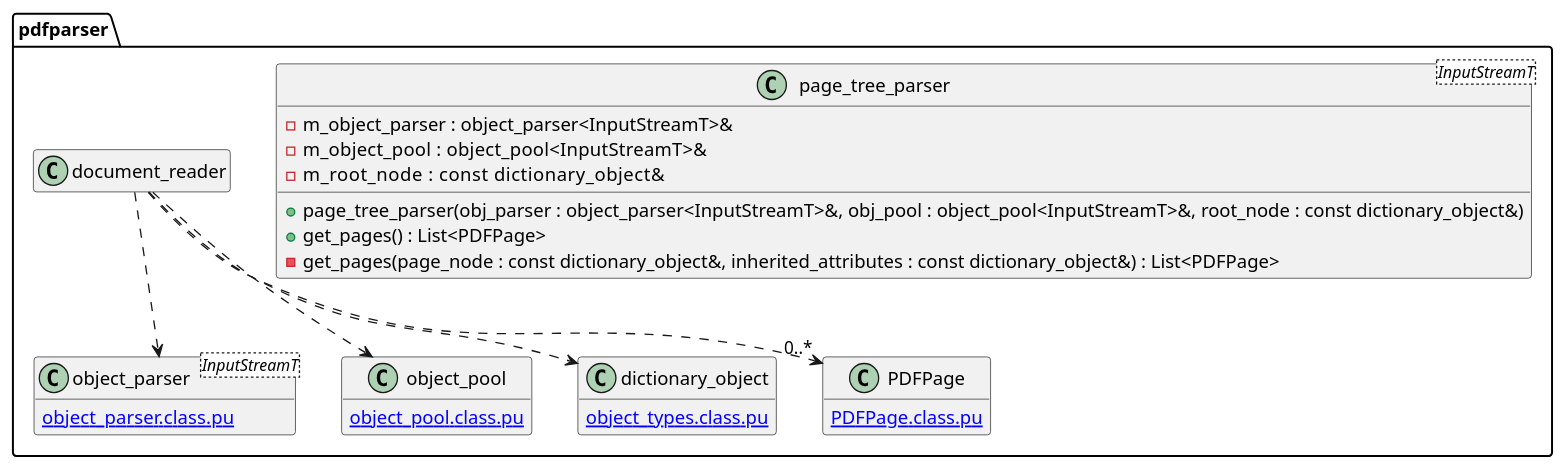
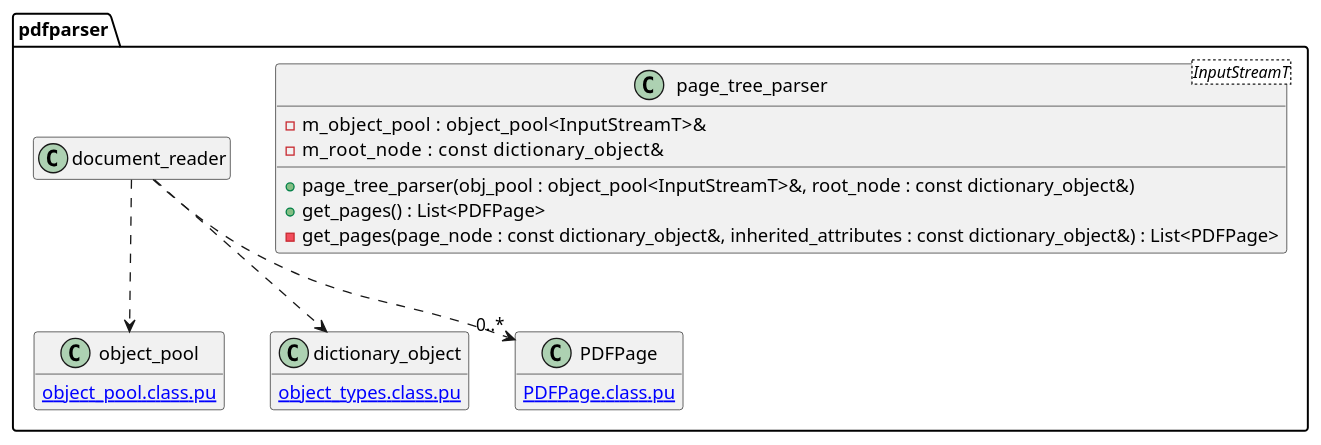
One commit to KodaiYM/PDFReader changed the diagram in document/document_reader/page_tree_parser/page_tree_parser.class.pu. Above: the diagram before and after it, drawn with PlantUML. The commit also changed 6 other files, not shown here.

Commit message:
page_tree_parser の不要な object_parser への参照を削除

```diff
--- a/document/document_reader/page_tree_parser/page_tree_parser.class.pu
+++ b/document/document_reader/page_tree_parser/page_tree_parser.class.pu
@@ -1,30 +1,25 @@
 @startuml page_tree_parser
 hide empty members
 namespace pdfparser {
 class page_tree_parser<InputStreamT> {
-	-m_object_parser : object_parser<InputStreamT>&
 	-m_object_pool   : object_pool<InputStreamT>&
 	-m_root_node     : const dictionary_object&
 
-	+page_tree_parser(obj_parser : object_parser<InputStreamT>&, obj_pool : object_pool<InputStreamT>&, root_node : const dictionary_object&)
+	+page_tree_parser(obj_pool : object_pool<InputStreamT>&, root_node : const dictionary_object&)
 	+get_pages() : List<PDFPage>
 	-get_pages(page_node : const dictionary_object&, inherited_attributes : const dictionary_object&) : List<PDFPage>
 }
-document_reader ..> object_parser
 document_reader ..> object_pool
 document_reader ..> dictionary_object 
 document_reader ..> "0..*" PDFPage
 
-class object_parser<InputStreamT> {
-	[[object_parser.class.pu]]
-}
 class object_pool {
 	[[object_pool.class.pu]]
 }
 class dictionary_object {
 	[[object_types.class.pu]]
 }
 class PDFPage {
 	[[PDFPage.class.pu]]
 }
 @enduml
```
